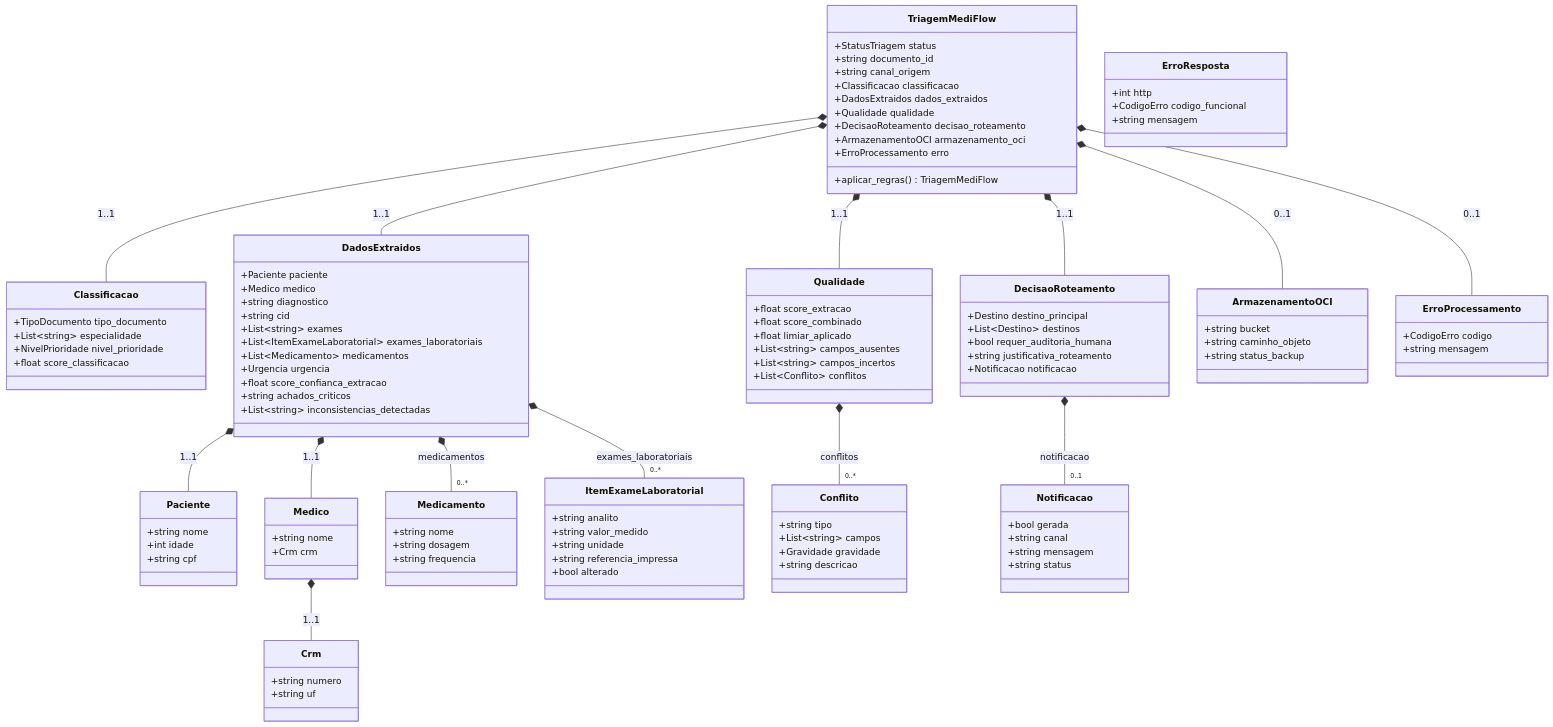
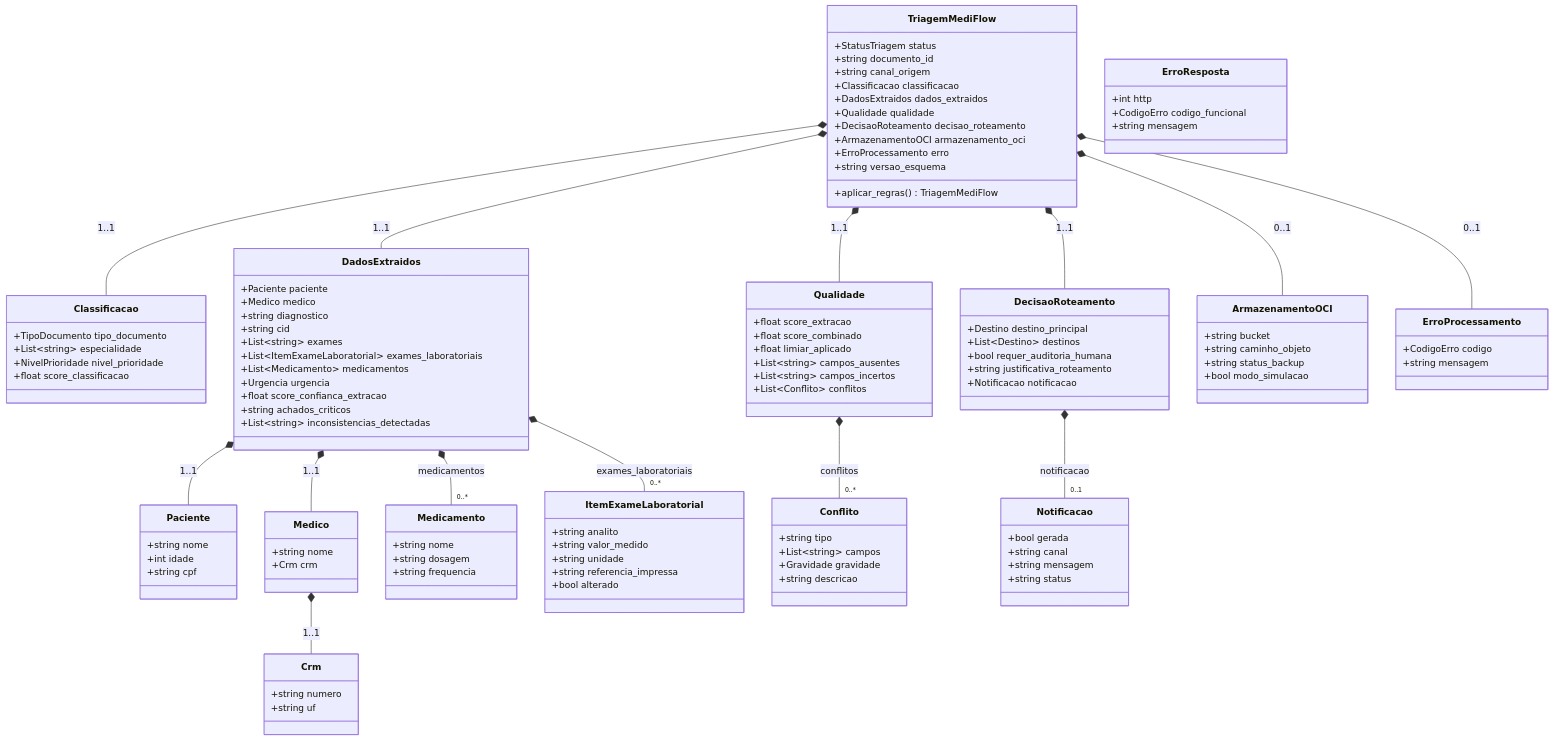
Before and after one commit to No-Country-simulation/g10-brasil-equipe-15_mediflow: the first of 6 diagrams in docs/testes/VISUAL_SCHEMAS.md, drawn with Mermaid. The commit also changed other lines of this file and 5 other files, not shown here.

```diff
--- a/docs/testes/VISUAL_SCHEMAS.md
+++ b/docs/testes/VISUAL_SCHEMAS.md
@@ -25,6 +25,7 @@
         +DecisaoRoteamento decisao_roteamento
         +ArmazenamentoOCI armazenamento_oci
         +ErroProcessamento erro
+        +string versao_esquema
         +aplicar_regras() TriagemMediFlow
     }
 
@@ -114,6 +115,7 @@
         +string bucket
         +string caminho_objeto
         +string status_backup
+        +bool modo_simulacao
     }
 
     class ErroProcessamento {
```
